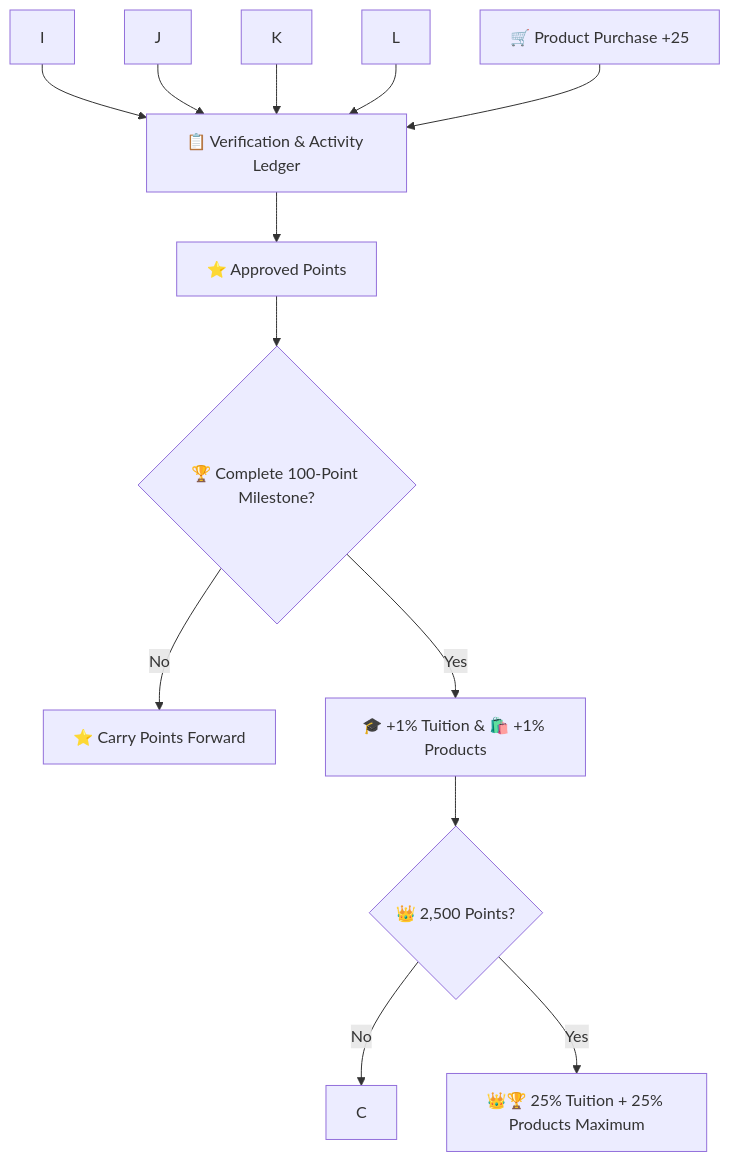
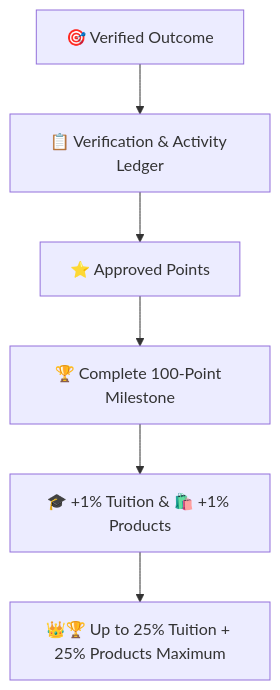
One commit to RIAHPathway/Website changed the third of 3 diagrams in Contributor-Benefits/RIDESHARE.md. Above: the diagram before and after it, drawn with Mermaid. The commit also changed other lines of this file, not shown here.

Commit message:
Simplify Mermaid diagrams to high-level visual flows

````diff
--- a/Contributor-Benefits/RIDESHARE.md
+++ b/Contributor-Benefits/RIDESHARE.md
@@ -93,16 +85,8 @@
 ```mermaid
 flowchart TB
-M["🛒 Product Purchase +25"]
-I --> N["📋 Verification & Activity Ledger"]
-J --> N
-K --> N
-L --> N
-M --> N
-N --> O["⭐ Approved Points"]
-O --> P{"🏆 Complete 100-Point Milestone?"}
-P -- No --> Q["⭐ Carry Points Forward"]
-P -- Yes --> R["🎓 +1% Tuition & 🛍️ +1% Products"]
-R --> S{"👑 2,500 Points?"}
-S -- No --> C
-S -- Yes --> T["👑🏆 25% Tuition + 25% Products Maximum"]
+A["🎯 Verified Outcome"] --> B["📋 Verification & Activity Ledger"]
+B --> C["⭐ Approved Points"]
+C --> D["🏆 Complete 100-Point Milestone"]
+D --> E["🎓 +1% Tuition & 🛍️ +1% Products"]
+E --> F["👑🏆 Up to 25% Tuition + 25% Products Maximum"]
 ```
````
